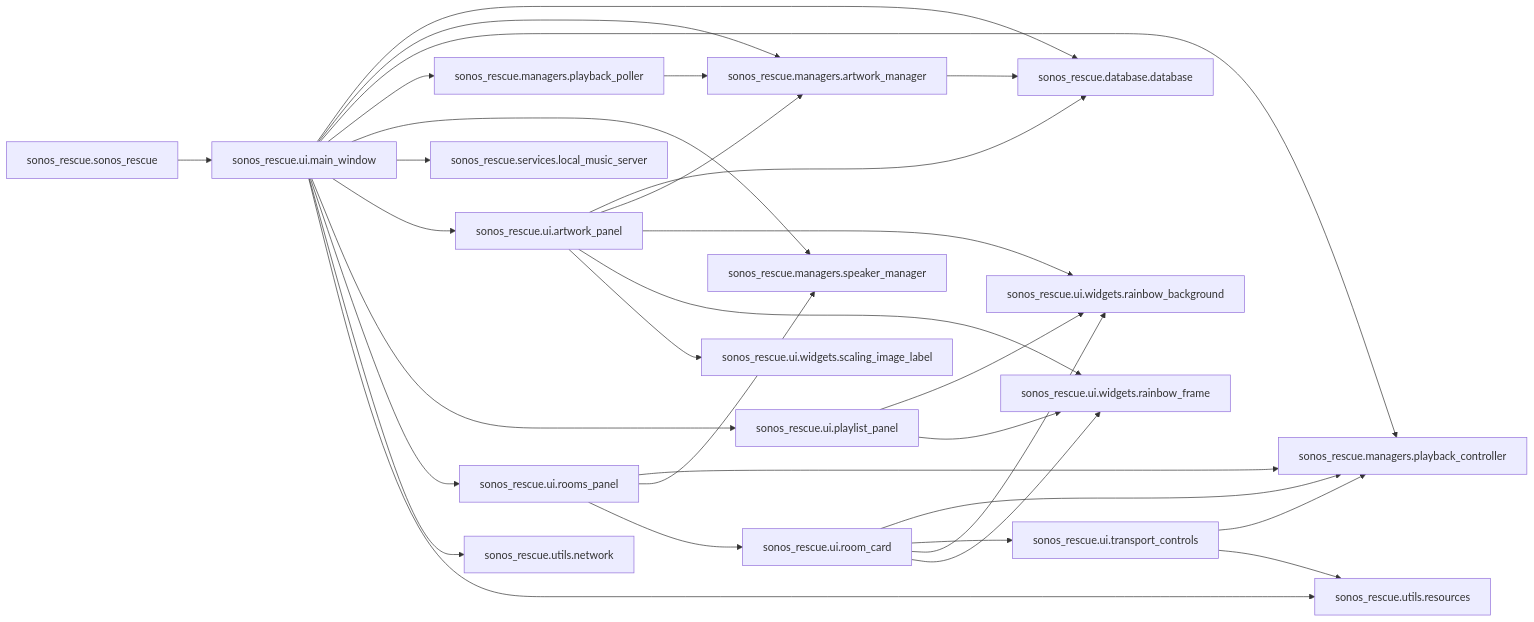
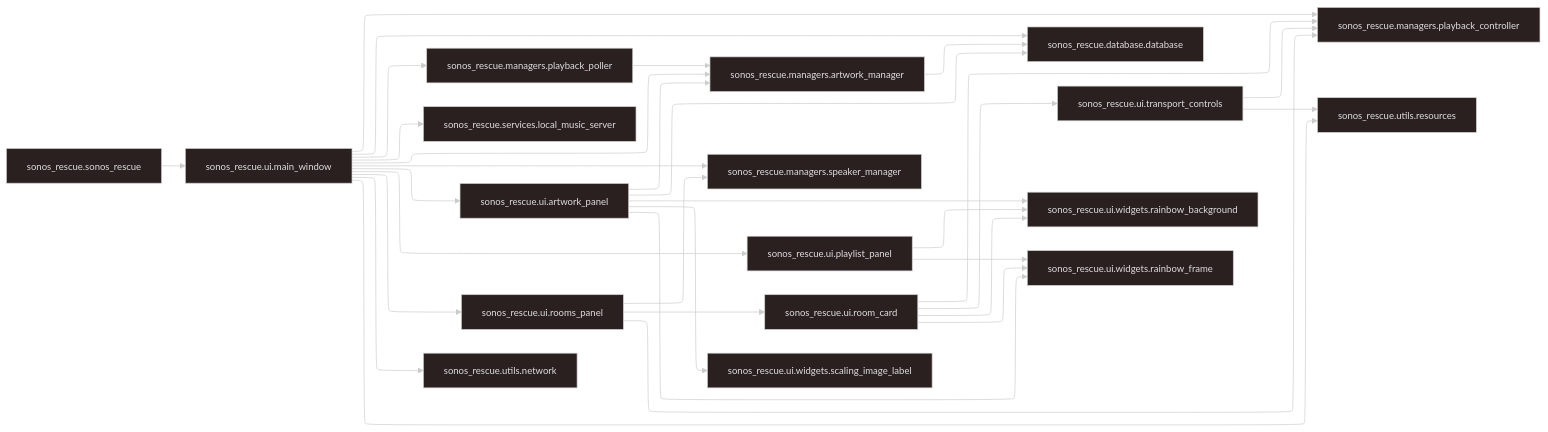
The fifth of 5 diagrams in docs/architecture.md (SpikeyMikie/Sonos_Rescue), drawn with Mermaid before and after one commit. The commit also changed other lines of this file and 7 other files, not shown here.

First line of the commit message:
docs: configure themes and layouts for each diagram

````diff
--- a/docs/architecture.md
+++ b/docs/architecture.md
@@ -330,51 +352,56 @@
 ```mermaid
+---
+config:
+    theme: neo-dark
+    layout: elk
+---
 flowchart LR
     module_sonos__rescue_database_database["sonos_rescue.database.database"]
     module_sonos__rescue_managers_artwork__manager["sonos_rescue.managers.artwork_manager"]
     module_sonos__rescue_managers_playback__controller["sonos_rescue.managers.playback_controller"]
     module_sonos__rescue_managers_playback__poller["sonos_rescue.managers.playback_poller"]
     module_sonos__rescue_managers_speaker__manager["sonos_rescue.managers.speaker_manager"]
     module_sonos__rescue_services_local__music__server["sonos_rescue.services.local_music_server"]
     module_sonos__rescue_sonos__rescue["sonos_rescue.sonos_rescue"]
     module_sonos__rescue_ui_artwork__panel["sonos_rescue.ui.artwork_panel"]
     module_sonos__rescue_ui_main__window["sonos_rescue.ui.main_window"]
     module_sonos__rescue_ui_playlist__panel["sonos_rescue.ui.playlist_panel"]
     module_sonos__rescue_ui_room__card["sonos_rescue.ui.room_card"]
     module_sonos__rescue_ui_rooms__panel["sonos_rescue.ui.rooms_panel"]
     module_sonos__rescue_ui_transport__controls["sonos_rescue.ui.transport_controls"]
     module_sonos__rescue_ui_widgets_rainbow__background["sonos_rescue.ui.widgets.rainbow_background"]
     module_sonos__rescue_ui_widgets_rainbow__frame["sonos_rescue.ui.widgets.rainbow_frame"]
     module_sonos__rescue_ui_widgets_scaling__image__label["sonos_rescue.ui.widgets.scaling_image_label"]
     module_sonos__rescue_utils_network["sonos_rescue.utils.network"]
     module_sonos__rescue_utils_resources["sonos_rescue.utils.resources"]
     module_sonos__rescue_managers_artwork__manager --> module_sonos__rescue_database_database
     module_sonos__rescue_managers_playback__poller --> module_sonos__rescue_managers_artwork__manager
     module_sonos__rescue_sonos__rescue --> module_sonos__rescue_ui_main__window
     module_sonos__rescue_ui_artwork__panel --> module_sonos__rescue_database_database
     module_sonos__rescue_ui_artwork__panel --> module_sonos__rescue_managers_artwork__manager
     module_sonos__rescue_ui_artwork__panel --> module_sonos__rescue_ui_widgets_rainbow__background
     module_sonos__rescue_ui_artwork__panel --> module_sonos__rescue_ui_widgets_rainbow__frame
     module_sonos__rescue_ui_artwork__panel --> module_sonos__rescue_ui_widgets_scaling__image__label
     module_sonos__rescue_ui_main__window --> module_sonos__rescue_database_database
     module_sonos__rescue_ui_main__window --> module_sonos__rescue_managers_artwork__manager
     module_sonos__rescue_ui_main__window --> module_sonos__rescue_managers_playback__controller
     module_sonos__rescue_ui_main__window --> module_sonos__rescue_managers_playback__poller
     module_sonos__rescue_ui_main__window --> module_sonos__rescue_managers_speaker__manager
     module_sonos__rescue_ui_main__window --> module_sonos__rescue_services_local__music__server
     module_sonos__rescue_ui_main__window --> module_sonos__rescue_ui_artwork__panel
     module_sonos__rescue_ui_main__window --> module_sonos__rescue_ui_playlist__panel
     module_sonos__rescue_ui_main__window --> module_sonos__rescue_ui_rooms__panel
     module_sonos__rescue_ui_main__window --> module_sonos__rescue_utils_network
     module_sonos__rescue_ui_main__window --> module_sonos__rescue_utils_resources
     module_sonos__rescue_ui_playlist__panel --> module_sonos__rescue_ui_widgets_rainbow__background
     module_sonos__rescue_ui_playlist__panel --> module_sonos__rescue_ui_widgets_rainbow__frame
     module_sonos__rescue_ui_room__card --> module_sonos__rescue_managers_playback__controller
     module_sonos__rescue_ui_room__card --> module_sonos__rescue_ui_transport__controls
     module_sonos__rescue_ui_room__card --> module_sonos__rescue_ui_widgets_rainbow__background
     module_sonos__rescue_ui_room__card --> module_sonos__rescue_ui_widgets_rainbow__frame
     module_sonos__rescue_ui_rooms__panel --> module_sonos__rescue_managers_playback__controller
     module_sonos__rescue_ui_rooms__panel --> module_sonos__rescue_managers_speaker__manager
     module_sonos__rescue_ui_rooms__panel --> module_sonos__rescue_ui_room__card
     module_sonos__rescue_ui_transport__controls --> module_sonos__rescue_managers_playback__controller
     module_sonos__rescue_ui_transport__controls --> module_sonos__rescue_utils_resources
 ```
````
